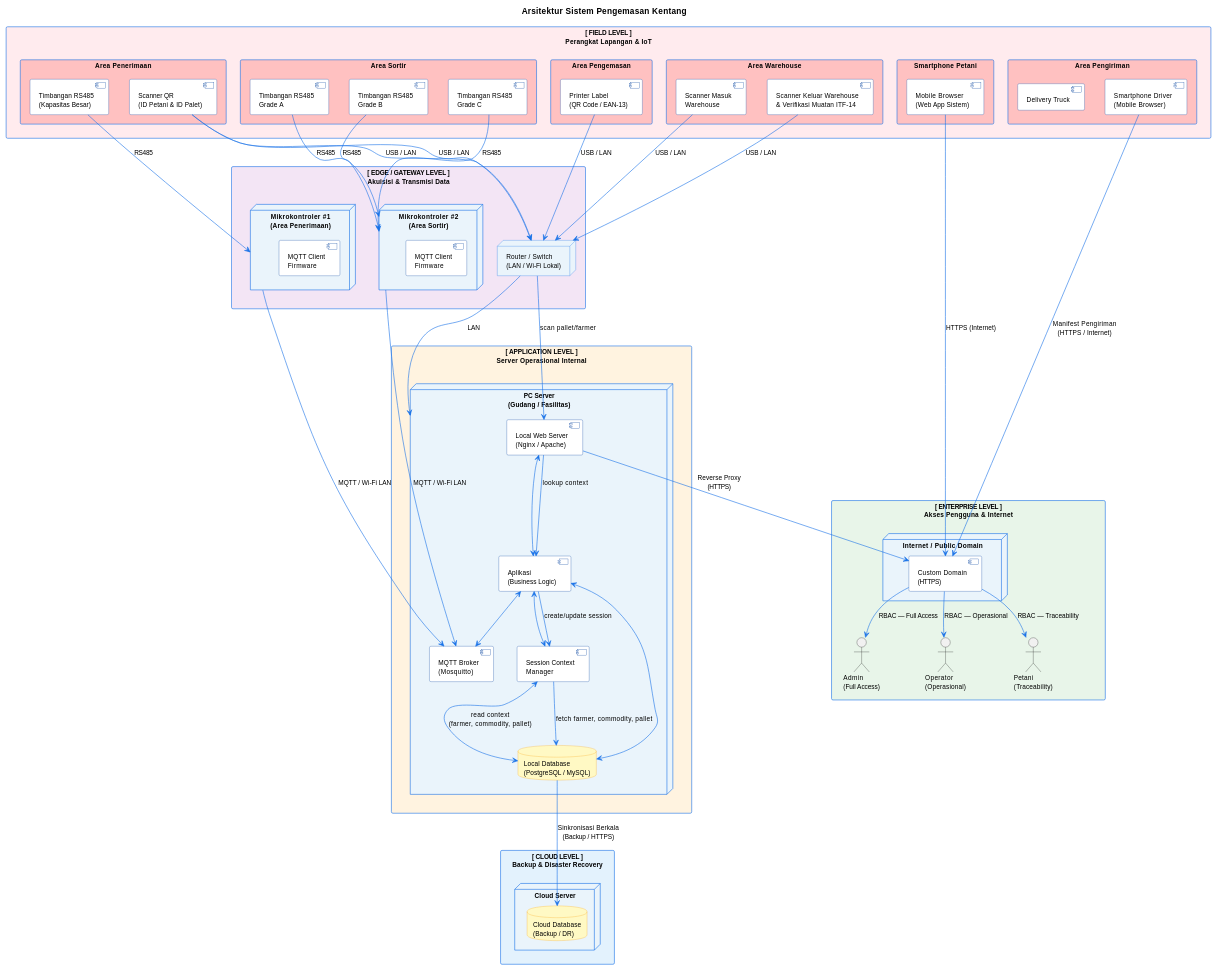
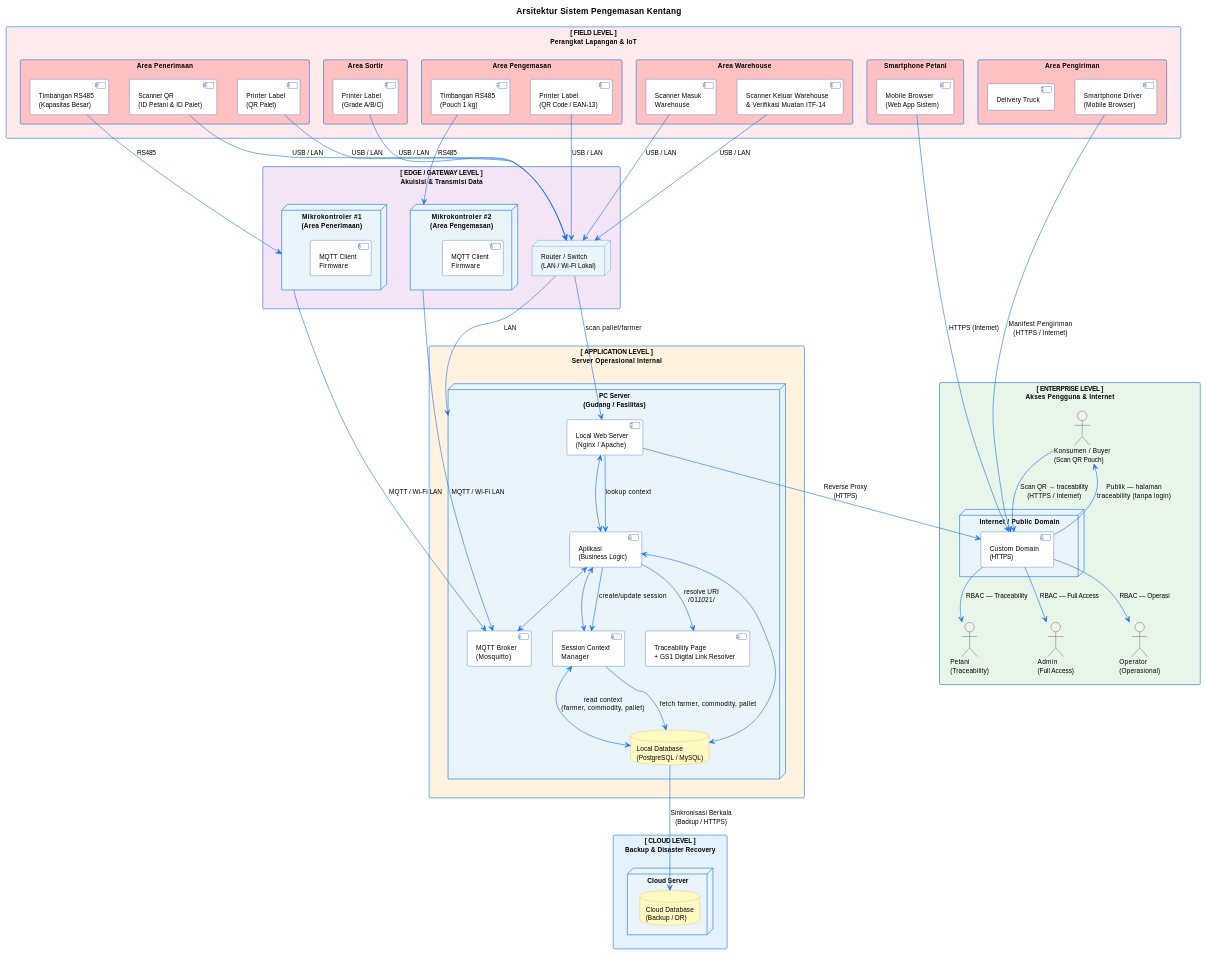
Before and after one commit to Rezen351/smarthub: the second of 3 diagrams in docs/DIAGRAM.md, drawn with PlantUML. The commit also changed other lines of this file and 16 other files, not shown here.

````diff
--- a/docs/DIAGRAM.md
+++ b/docs/DIAGRAM.md
@@ -281,15 +220,15 @@
   rectangle "Area Penerimaan" as area_recv #FFC1C1 {
     component [Timbangan RS485\n(Kapasitas Besar)] as scale_big
     component [Scanner QR\n(ID Petani & ID Palet)] as scanner_recv
+    component [Printer Label\n(QR Palet)] as printer_pallet
   }
 
   rectangle "Area Sortir" as area_sort #FFC1C1 {
-    component [Timbangan RS485\nGrade A] as scale_a
-    component [Timbangan RS485\nGrade B] as scale_b
-    component [Timbangan RS485\nGrade C] as scale_c
+    component [Printer Label\n(Grade A/B/C)] as printer_grade
   }
 
   rectangle "Area Pengemasan" as area_pack #FFC1C1 {
+    component [Timbangan RS485\n(Pouch 1 kg)] as scale_pouch
     component [Printer Label\n(QR Code / EAN-13)] as printer
   }
 
@@ -317,7 +256,7 @@
     component [MQTT Client\nFirmware] as fw1
   }
 
-  node "Mikrokontroler #2\n(Area Sortir)" as mcu2 {
+  node "Mikrokontroler #2\n(Area Pengemasan)" as mcu2 {
     component [MQTT Client\nFirmware] as fw2
   }
 
@@ -334,6 +273,7 @@
     component [Aplikasi\n(Business Logic)] as app
     component [MQTT Broker\n(Mosquitto)] as broker
     component [Session Context\nManager] as ctx
+    component [Traceability Page\n+ GS1 Digital Link Resolver] as trace_page
     database "Local Database\n(PostgreSQL / MySQL)" as local_db
   }
 }
@@ -359,23 +299,24 @@
   actor "Admin\n(Full Access)" as admin
   actor "Operator\n(Operasional)" as operator
   actor "Petani\n(Traceability)" as farmer_user
+  actor "Konsumen / Buyer\n(Scan QR Pouch)" as consumer
 }
 
 ' ============================================================
 ' CONNECTIONS
 ' ============================================================
 
-' Field → Edge (RS485 wired)
+' Field → Edge (RS485 wired) — timbangan hanya di Area Penerimaan & Pengemasan
 scale_big    --> mcu1   : RS485
-scale_a      --> mcu2   : RS485
-scale_b      --> mcu2   : RS485
-scale_c      --> mcu2   : RS485
+scale_pouch  --> mcu2   : RS485
 
 ' Field → Router (USB / LAN)
-scanner_recv --> router : USB / LAN
-printer      --> router : USB / LAN
-scan_in      --> router : USB / LAN
-scan_out     --> router : USB / LAN
+scanner_recv   --> router : USB / LAN
+printer        --> router : USB / LAN
+printer_pallet --> router : USB / LAN
+printer_grade  --> router : USB / LAN
+scan_in        --> router : USB / LAN
+scan_out       --> router : USB / LAN
 
 ' Truck → Departure (notasi logis)
 phone_driver --> domain : Manifest Pengiriman\n(HTTPS / Internet)
@@ -391,9 +332,9 @@
 app    <--> local_db
 app    <--> broker
 ctx    <--> local_db : "read context\n(farmer, commodity, pallet)"
+app    --> trace_page : "resolve URI\n/01//10//21/"
 
 ' Operator input → context lookup
-scanner_recv --> router : USB / LAN
 router --> web : "scan pallet/farmer"
 web --> app : "lookup context"
 app --> ctx : "create/update session"
@@ -407,11 +348,13 @@
 
 ' Enterprise → Users (RBAC)
 domain --> admin       : RBAC — Full Access
-domain --> operator    : RBAC — Operasional
+domain --> operator    : RBAC — Operasi
 domain --> farmer_user : RBAC — Traceability
+domain --> consumer    : Publik — halaman\ntraceability (tanpa login)
 
 ' Smartphone → Internet
-mobile --> domain : HTTPS (Internet)
+mobile   --> domain : HTTPS (Internet)
+consumer --> domain : Scan QR → traceability\n(HTTPS / Internet)
 
 @enduml
 ```
````
